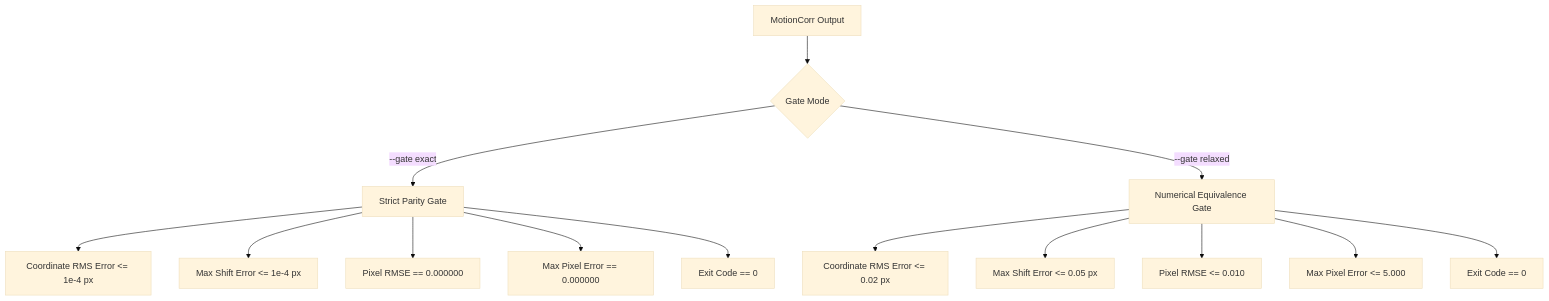
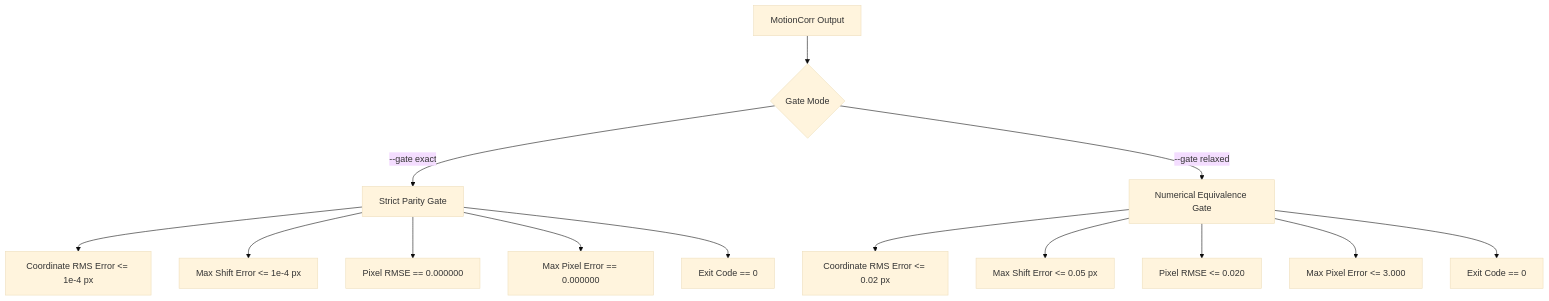
The diagram in docs/reference_gates.md (KingAlejandro/MotionCorr-standalone), drawn with Mermaid (base theme) before and after one commit. The commit also changed other lines of this file, not shown here.

Commit message:
docs: sync relaxed gate thresholds with compare_motioncorr.py

````diff
--- a/docs/reference_gates.md
+++ b/docs/reference_gates.md
@@ -95,18 +95,18 @@
 ```mermaid
 graph TD
     A[MotionCorr Output] --> B{Gate Mode}
     B -->|--gate exact| C[Strict Parity Gate]
     B -->|--gate relaxed| D[Numerical Equivalence Gate]
     
     C --> C1[Coordinate RMS Error <= 1e-4 px]
     C --> C2[Max Shift Error <= 1e-4 px]
     C --> C3[Pixel RMSE == 0.000000]
     C --> C4[Max Pixel Error == 0.000000]
     C --> C5[Exit Code == 0]
     
     D --> D1[Coordinate RMS Error <= 0.02 px]
     D --> D2[Max Shift Error <= 0.05 px]
-    D --> D3[Pixel RMSE <= 0.010]
-    D --> D4[Max Pixel Error <= 5.000]
+    D --> D3[Pixel RMSE <= 0.020]
+    D --> D4[Max Pixel Error <= 3.000]
     D --> D5[Exit Code == 0]
 ```
````
